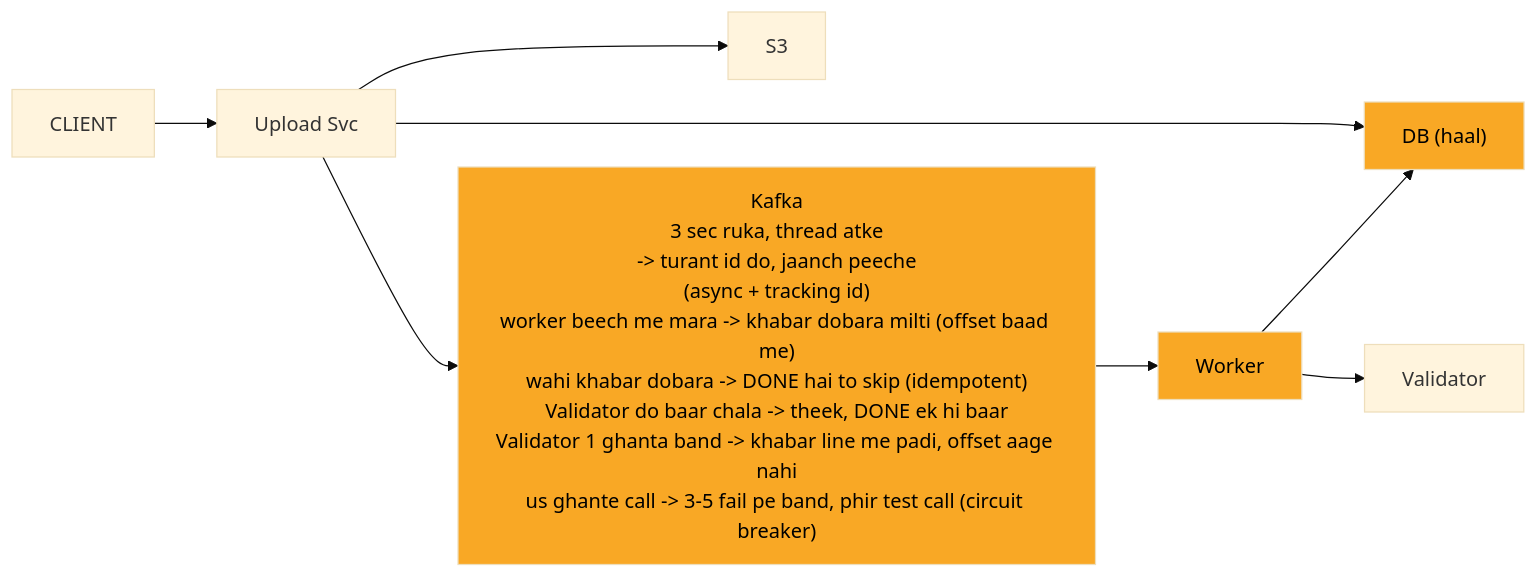
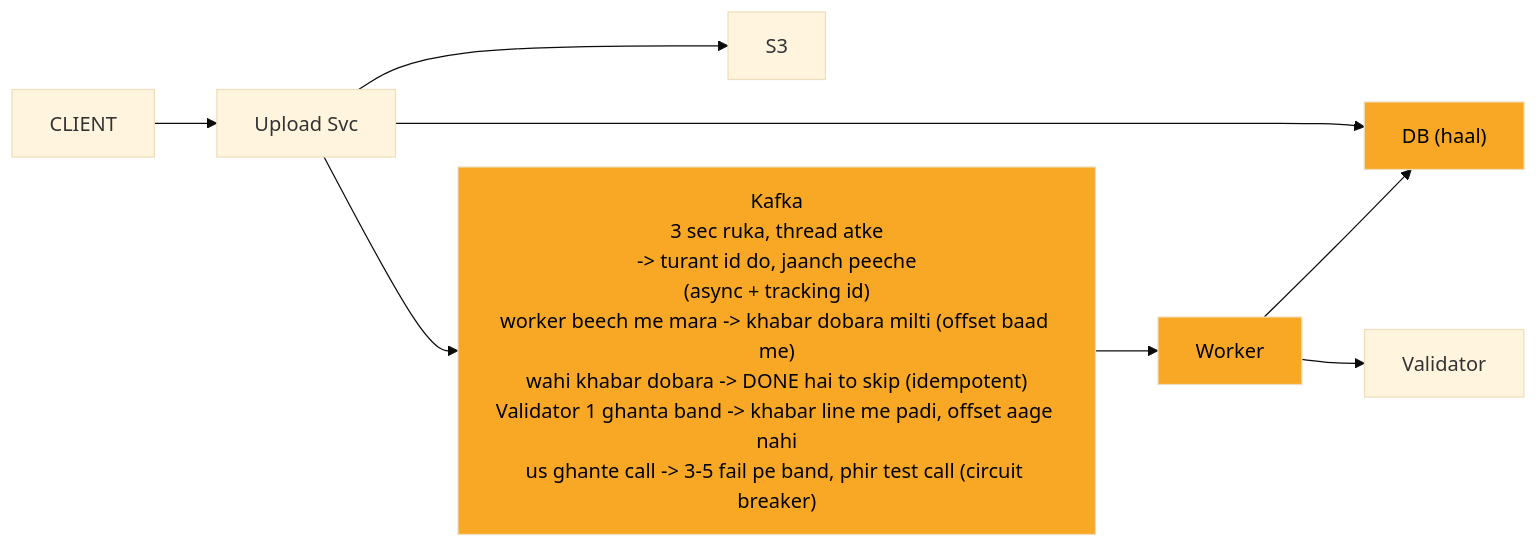
Before and after one commit to ArpanMaheshwari144/Prep: the second of 11 diagrams in 04_HLD/SYSTEM_DESIGNS/07_file_upload_validate_system/07_file_upload_INTERVIEW.md, drawn with Mermaid (base theme). The commit also changed other lines of this file and 13 other files, not shown here.

````diff
--- a/04_HLD/SYSTEM_DESIGNS/07_file_upload_validate_system/07_file_upload_INTERVIEW.md
+++ b/04_HLD/SYSTEM_DESIGNS/07_file_upload_validate_system/07_file_upload_INTERVIEW.md
@@ -84,21 +84,21 @@
 ```mermaid
 %%{init: {"flowchart": {"wrappingWidth": 450}}}%%
 flowchart LR
     n_CLIENT["CLIENT"]
     n_Upload_Svc["Upload Svc"]
     n_DB["DB (haal)"]
     n_S3["S3"]
-    n_Kafka["Kafka<br/>3 sec ruka, thread atke<br/>-> turant id do, jaanch peeche<br/>(async + tracking id)<br/>worker beech me mara -> khabar dobara milti (offset baad me)<br/>wahi khabar dobara -> DONE hai to skip (idempotent)<br/>Validator do baar chala -> theek, DONE ek hi baar<br/>Validator 1 ghanta band -> khabar line me padi, offset aage nahi<br/>us ghante call -> 3-5 fail pe band, phir test call (circuit breaker)"]
+    n_Kafka["Kafka<br/>3 sec ruka, thread atke<br/>-> turant id do, jaanch peeche<br/>(async + tracking id)<br/>worker beech me mara -> khabar dobara milti (offset baad me)<br/>wahi khabar dobara -> DONE hai to skip (idempotent)<br/>Validator 1 ghanta band -> khabar line me padi, offset aage nahi<br/>us ghante call -> 3-5 fail pe band, phir test call (circuit breaker)"]
     n_Worker["Worker"]
     n_Validator["Validator"]
     n_CLIENT --> n_Upload_Svc
     n_Upload_Svc --> n_DB
     n_Upload_Svc --> n_S3
     n_Upload_Svc --> n_Kafka
     n_Kafka --> n_Worker
     n_Worker --> n_Validator
     n_Worker --> n_DB
     style n_Kafka fill:#f9a825,color:#000
     style n_Worker fill:#f9a825,color:#000
     style n_DB fill:#f9a825,color:#000
 ```
````
